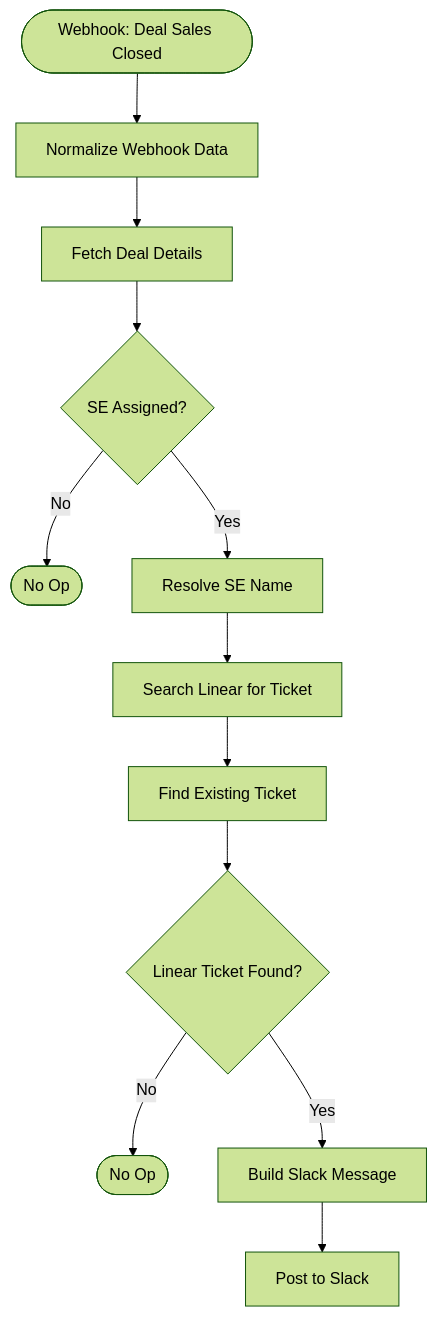
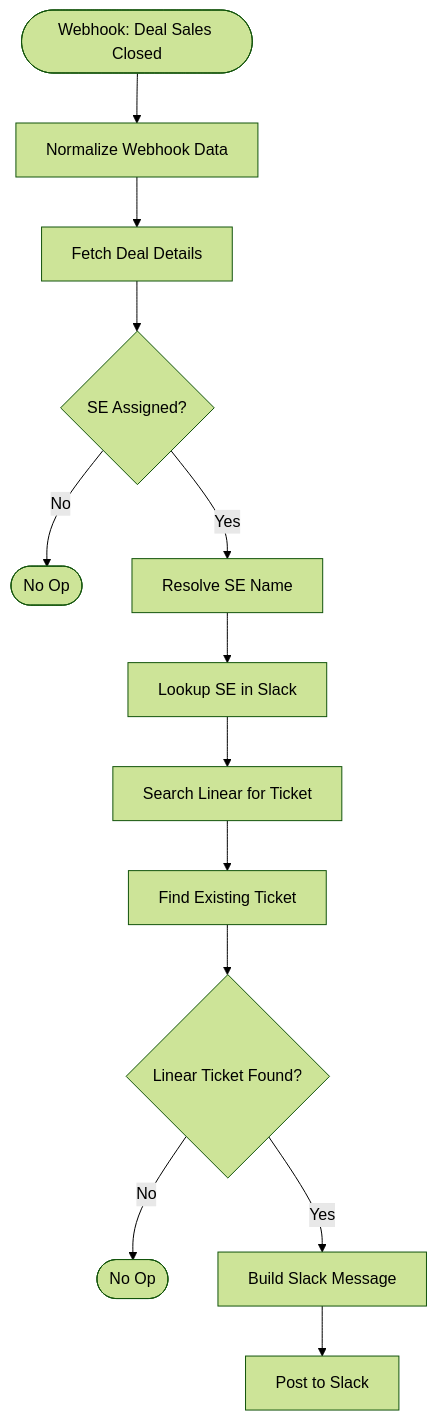
One commit to isaachasbani-legalfly/workflow-automations changed the diagram in workflows/hubspot-deal-closed-se-notification/ARCHITECTURE-v1.0.md. Above: the diagram before and after it, drawn with Mermaid (forest theme). The commit also changed other lines of this file and 6 other files, not shown here.

First line of the commit message:
feat: finalize deal closed SE notification and SE-Linear ticket template

````diff
--- a/workflows/hubspot-deal-closed-se-notification/ARCHITECTURE-v1.0.md
+++ b/workflows/hubspot-deal-closed-se-notification/ARCHITECTURE-v1.0.md
@@ -9,14 +9,15 @@
 ```mermaid
 flowchart TD
     Webhook([Webhook: Deal Sales Closed]) --> Normalize[Normalize Webhook Data]
     Normalize --> FetchDeal[Fetch Deal Details]
     FetchDeal --> CheckSE{SE Assigned?}
     CheckSE -->|No| Stop1([No Op])
     CheckSE -->|Yes| ResolveSE[Resolve SE Name]
-    ResolveSE --> SearchLinear[Search Linear for Ticket]
+    ResolveSE --> SlackLookup[Lookup SE in Slack]
+    SlackLookup --> SearchLinear[Search Linear for Ticket]
     SearchLinear --> FindTicket[Find Existing Ticket]
     FindTicket --> HasTicket{Linear Ticket Found?}
     HasTicket -->|No| Stop2([No Op])
     HasTicket -->|Yes| BuildMsg[Build Slack Message]
     BuildMsg --> PostSlack[Post to Slack]
 ```
````
